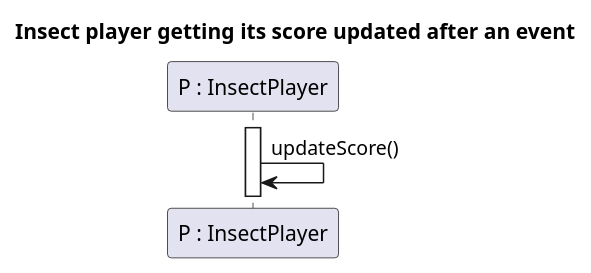
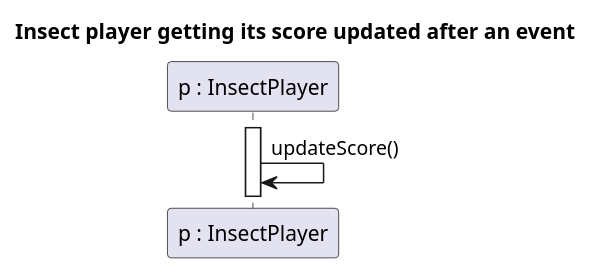
Before and after one commit to Klastiv/Projlab_nullpointerexception: the diagram in diagrams/diagramFiles/SQ_InsectPlayerScore.puml, drawn with PlantUML. The commit also changed 17 other files, not shown here.

Commit message:
SQ diagrams all small letterts and made fine

```diff
--- a/diagrams/diagramFiles/SQ_InsectPlayerScore.puml
+++ b/diagrams/diagramFiles/SQ_InsectPlayerScore.puml
@@ -1,13 +1,13 @@
 @startuml Insect player score
 
 title Insect player getting its score updated after an event
 
-participant "P : InsectPlayer" as P
+participant "p : InsectPlayer" as P
 
 activate P
 
 P -> P : updateScore()
 
 
 
 @enduml
```
